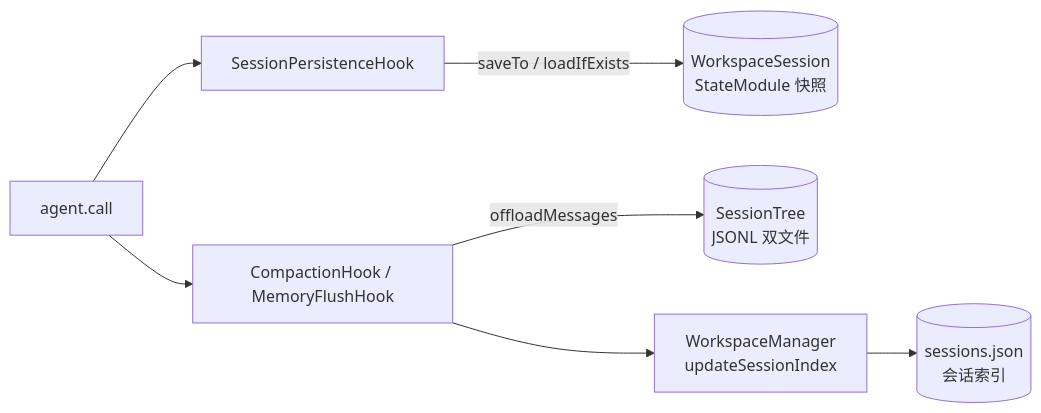
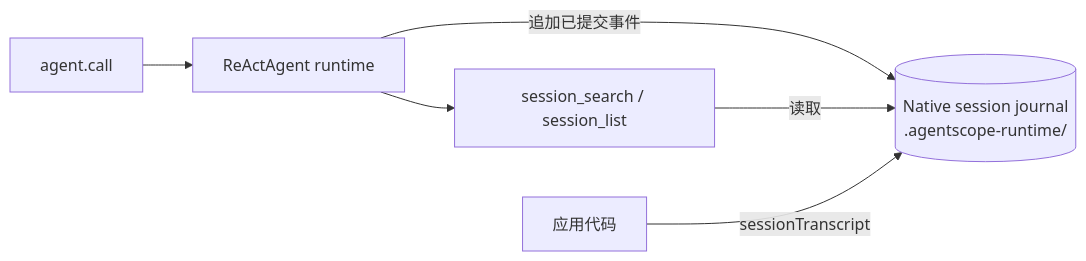
One commit to nexora-dev200/agentscope-java changed the diagram in docs/v1/zh/docs/harness/session.md. Above: the diagram before and after it, drawn with Mermaid. The commit also changed other lines of this file and 7 other files, not shown here.

Commit message:
docs(harness): correct session log claims after the native journal redesign (#3561)

````diff
--- a/docs/v1/zh/docs/harness/session.md
+++ b/docs/v1/zh/docs/harness/session.md
@@ -28,9 +26,8 @@
 ```mermaid
 graph LR
-    Call[agent.call] --> Hook[SessionPersistenceHook]
-    Hook -->|saveTo / loadIfExists| WS[(WorkspaceSession<br/>StateModule 快照)]
-    Call --> Compact[CompactionHook / MemoryFlushHook]
-    Compact -->|offloadMessages| ST[(SessionTree<br/>JSONL 双文件)]
-    WSWrite[WorkspaceManager<br/>updateSessionIndex] --> Idx[(sessions.json<br/>会话索引)]
-    Compact --> WSWrite
+    Call[agent.call] --> RT[ReActAgent runtime]
+    RT -->|追加已提交事件| JNL[(Native session journal<br/>.agentscope-runtime/)]
+    RT --> Tools[session_search / session_list]
+    Tools -->|读取| JNL
+    Dev[应用代码] -->|sessionTranscript| JNL
 ```
````
